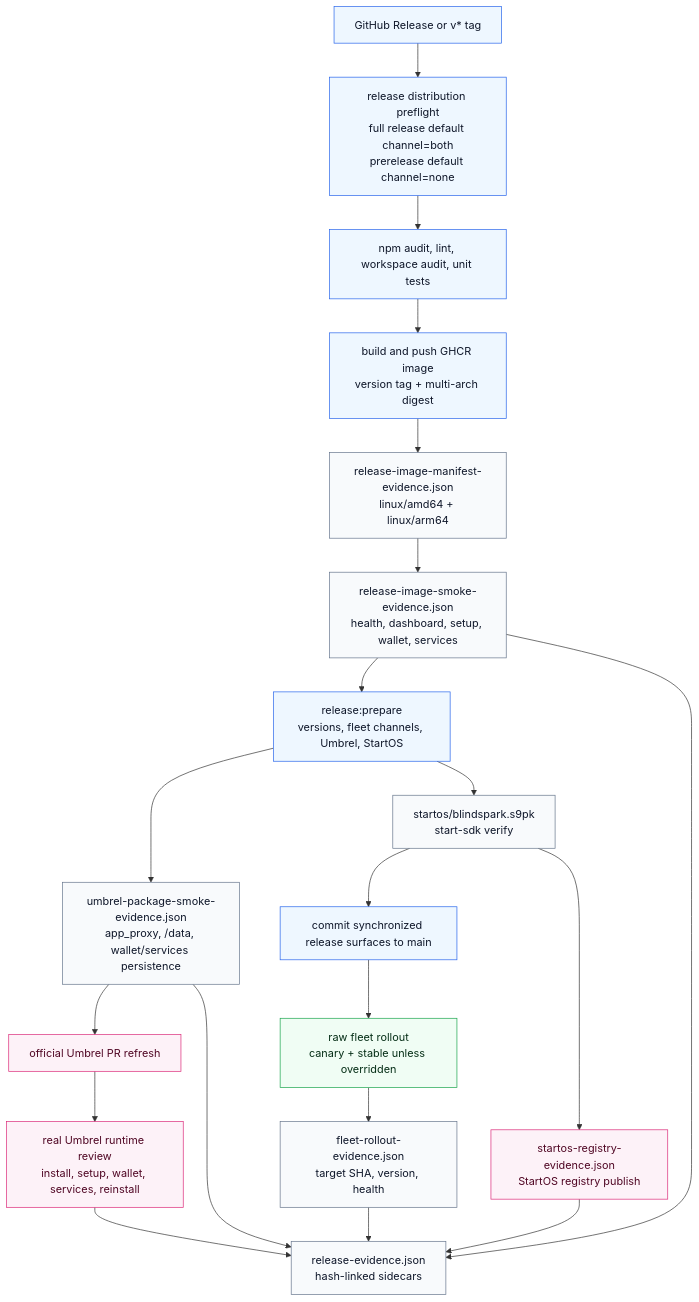
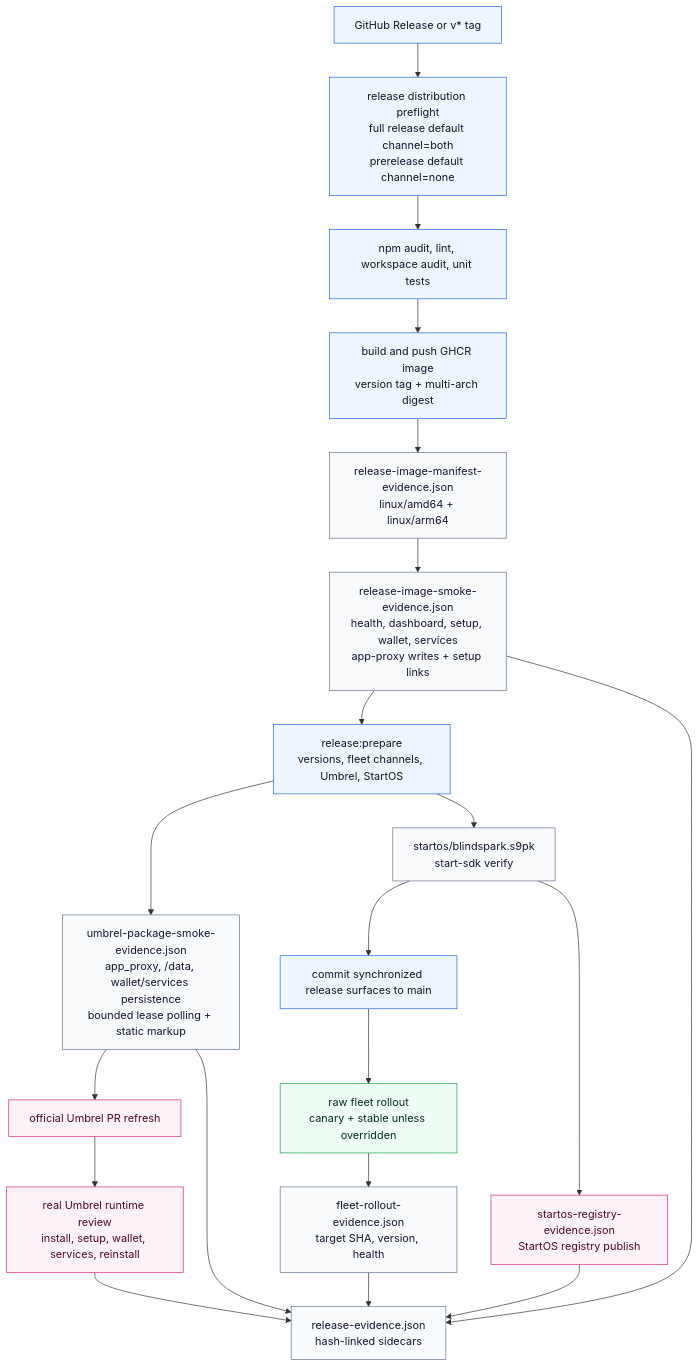
Before and after one commit to bigdestiny2/P2P-Hiverelay: the third of 3 diagrams in docs/HIVERELAY-ARCHITECTURE-GRAPH.md, drawn with Mermaid. The commit also changed other lines of this file and 62 other files, not shown here.

````diff
--- a/docs/HIVERELAY-ARCHITECTURE-GRAPH.md
+++ b/docs/HIVERELAY-ARCHITECTURE-GRAPH.md
@@ -217,35 +233,35 @@
 ```mermaid
 flowchart TB
   classDef step fill:#eef7ff,stroke:#2563eb,color:#0f172a
   classDef proof fill:#f8fafc,stroke:#64748b,color:#0f172a
   classDef live fill:#f0fdf4,stroke:#16a34a,color:#052e16
   classDef review fill:#fdf2f8,stroke:#db2777,color:#500724
 
   Release["GitHub Release or v* tag"]:::step
   Preflight["release distribution preflight<br/>full release default channel=both<br/>prerelease default channel=none"]:::step
   Tests["npm audit, lint, workspace audit, unit tests"]:::step
   Image["build and push GHCR image<br/>version tag + multi-arch digest"]:::step
   ManifestProof["release-image-manifest-evidence.json<br/>linux/amd64 + linux/arm64"]:::proof
-  SmokeProof["release-image-smoke-evidence.json<br/>health, dashboard, setup, wallet, services"]:::proof
+  SmokeProof["release-image-smoke-evidence.json<br/>health, dashboard, setup, wallet, services<br/>app-proxy writes + setup links"]:::proof
   Prepare["release:prepare<br/>versions, fleet channels, Umbrel, StartOS"]:::step
-  UmbrelSmoke["umbrel-package-smoke-evidence.json<br/>app_proxy, /data, wallet/services persistence"]:::proof
+  UmbrelSmoke["umbrel-package-smoke-evidence.json<br/>app_proxy, /data, wallet/services persistence<br/>bounded lease polling + static markup"]:::proof
   StartOSBuild["startos/blindspark.s9pk<br/>start-sdk verify"]:::proof
   Commit["commit synchronized release surfaces to main"]:::step
   Fleet["raw fleet rollout<br/>canary + stable unless overridden"]:::live
   FleetProof["fleet-rollout-evidence.json<br/>target SHA, version, health"]:::proof
   StartOSRegistry["startos-registry-evidence.json<br/>StartOS registry publish"]:::review
   UmbrelPR["official Umbrel PR refresh"]:::review
   RuntimeReview["real Umbrel runtime review<br/>install, setup, wallet, services, reinstall"]:::review
   FinalEvidence["release-evidence.json<br/>hash-linked sidecars"]:::proof
 
   Release --> Preflight --> Tests --> Image --> ManifestProof
   ManifestProof --> SmokeProof --> Prepare --> UmbrelSmoke
   Prepare --> StartOSBuild --> Commit --> Fleet --> FleetProof
   StartOSBuild --> StartOSRegistry
   UmbrelSmoke --> UmbrelPR --> RuntimeReview
   FleetProof --> FinalEvidence
   SmokeProof --> FinalEvidence
   UmbrelSmoke --> FinalEvidence
   StartOSRegistry --> FinalEvidence
   RuntimeReview --> FinalEvidence
 ```
````
